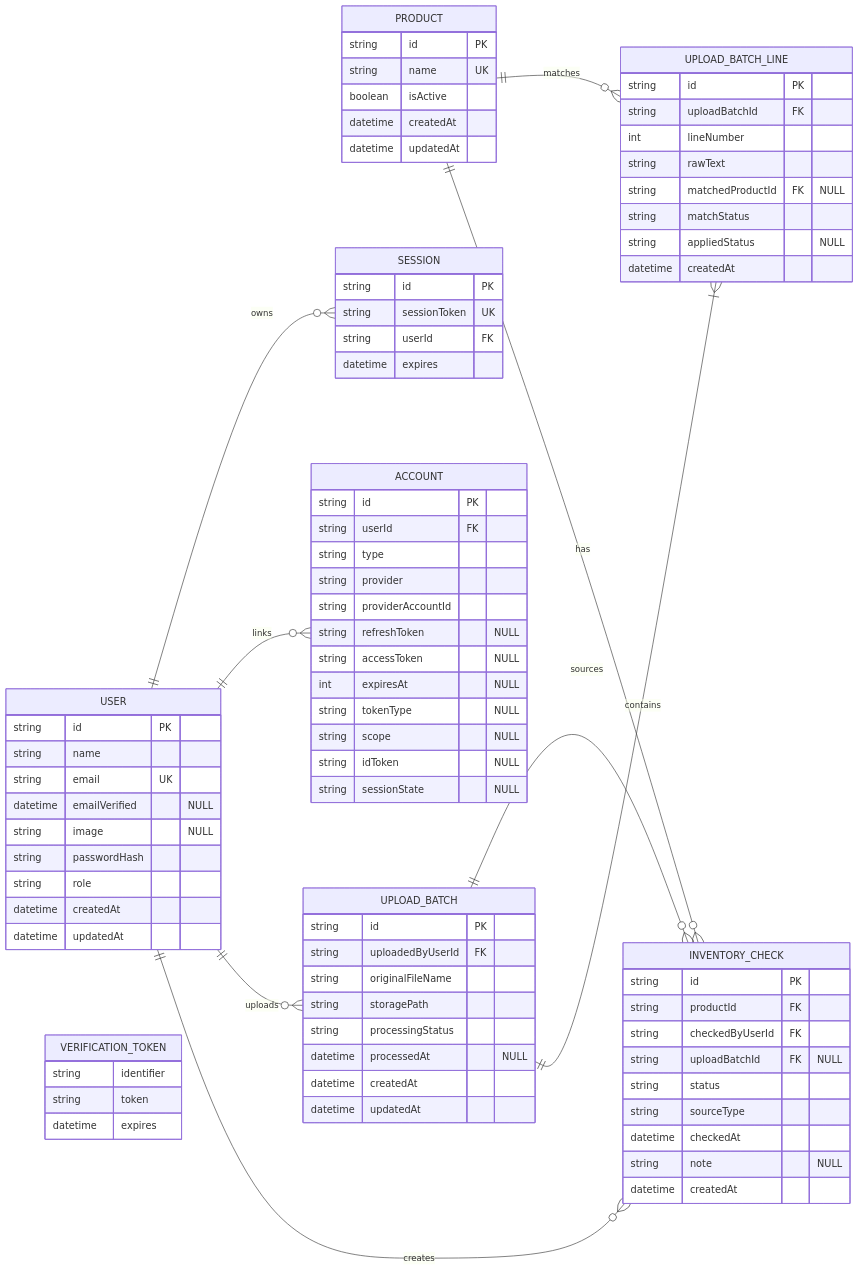
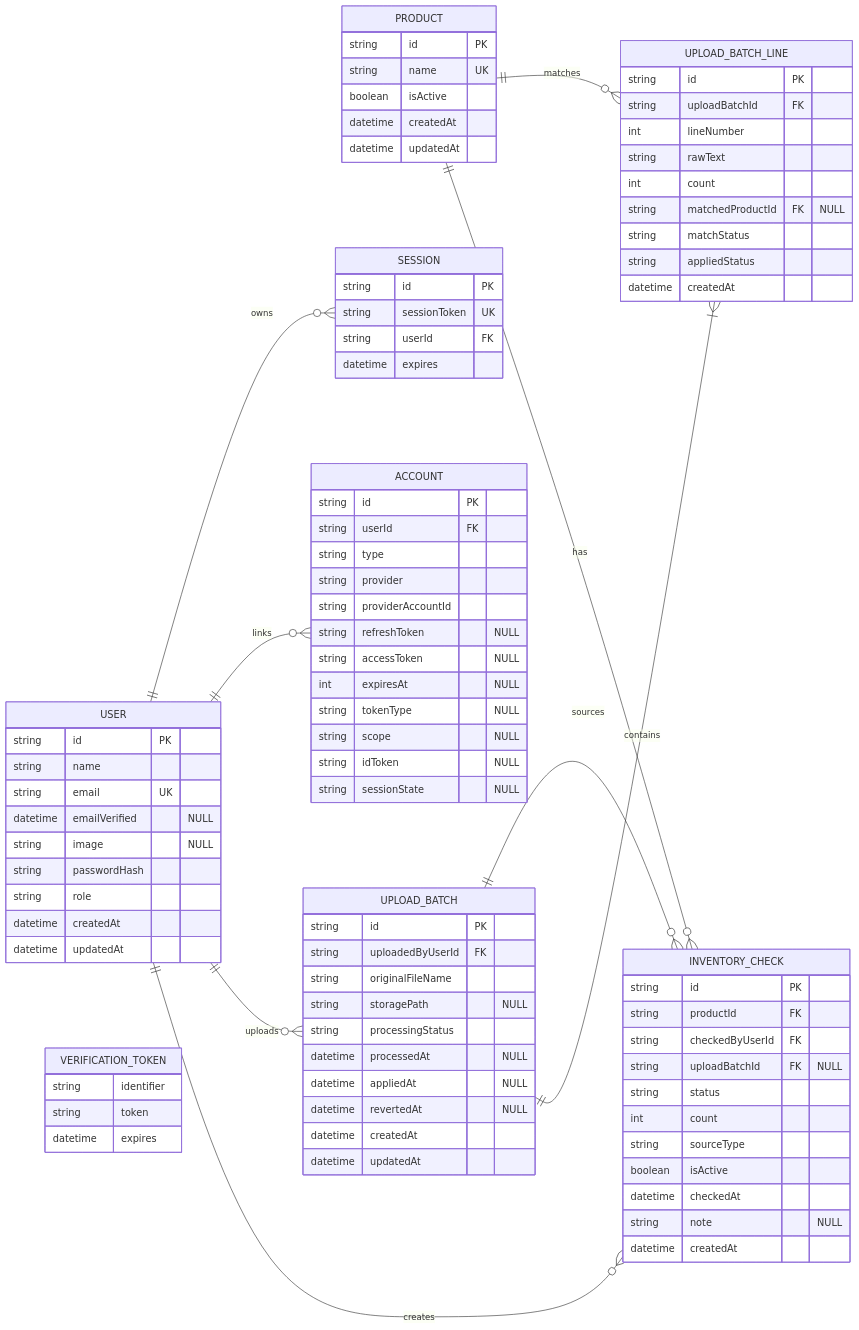
One commit to KotaOgawa221015/pan-for-play changed the diagram in docs/inventory_erd/inventory_erd_mermaid.md. Above: the diagram before and after it, drawn with Mermaid. The commit also changed other lines of this file and 37 other files, not shown here.

````diff
--- a/docs/inventory_erd/inventory_erd_mermaid.md
+++ b/docs/inventory_erd/inventory_erd_mermaid.md
@@ -73,7 +73,9 @@
         string checkedByUserId FK
         string uploadBatchId FK "NULL"
         string status
+        int count
         string sourceType
+        boolean isActive
         datetime checkedAt
         string note "NULL"
         datetime createdAt
@@ -83,9 +85,11 @@
         string id PK
         string uploadedByUserId FK
         string originalFileName
-        string storagePath
+        string storagePath "NULL"
         string processingStatus
         datetime processedAt "NULL"
+        datetime appliedAt "NULL"
+        datetime revertedAt "NULL"
         datetime createdAt
         datetime updatedAt
     }
@@ -95,9 +99,10 @@
         string uploadBatchId FK
         int lineNumber
         string rawText
+        int count
         string matchedProductId FK "NULL"
         string matchStatus
-        string appliedStatus "NULL"
+        string appliedStatus
         datetime createdAt
     }
 ```
````
